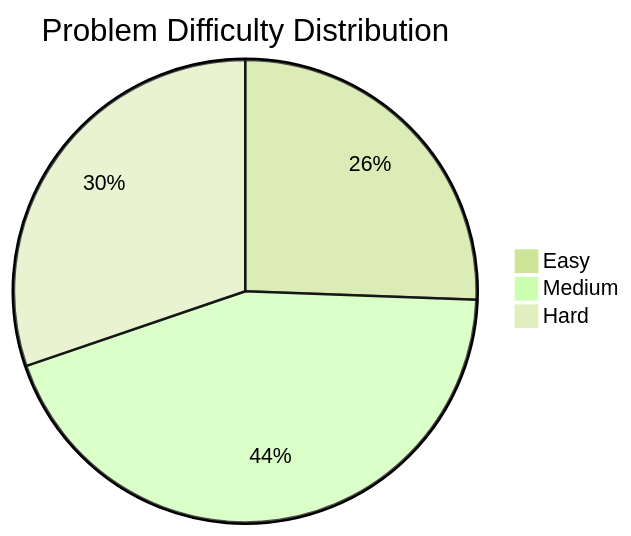
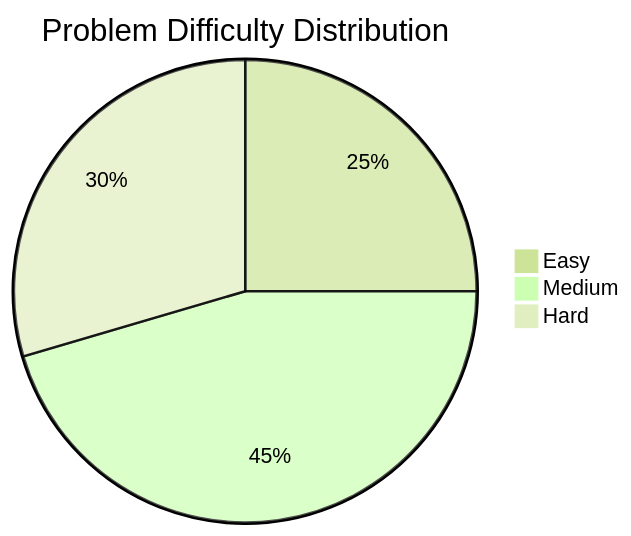
The first of 2 diagrams in JOURNAL.md (ernivani/leetcode-solutions), drawn with Mermaid (forest theme) before and after one commit. The commit also changed other lines of this file and 2 other files, not shown here.

````diff
--- a/JOURNAL.md
+++ b/JOURNAL.md
@@ -54,6 +55,6 @@
 ```mermaid
 pie title Problem Difficulty Distribution
     "Easy" : 11
-    "Medium" : 19
+    "Medium" : 20
     "Hard" : 13
 ```
````
